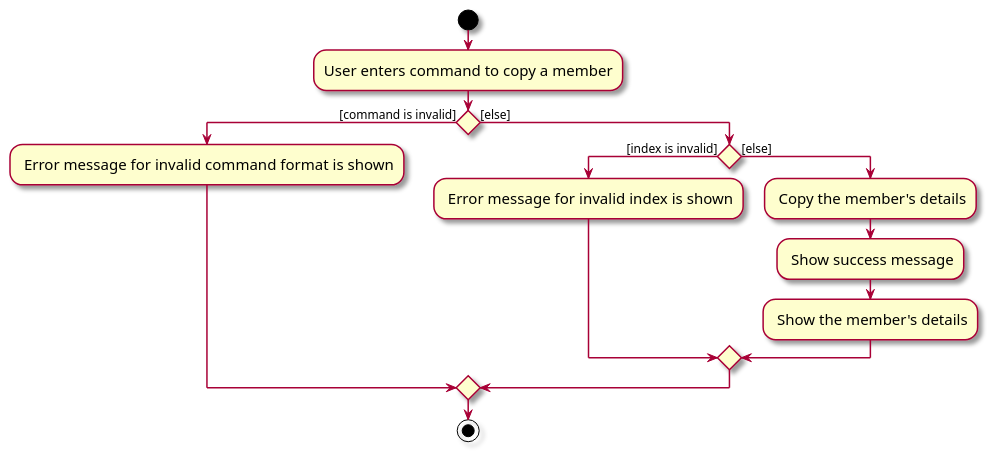
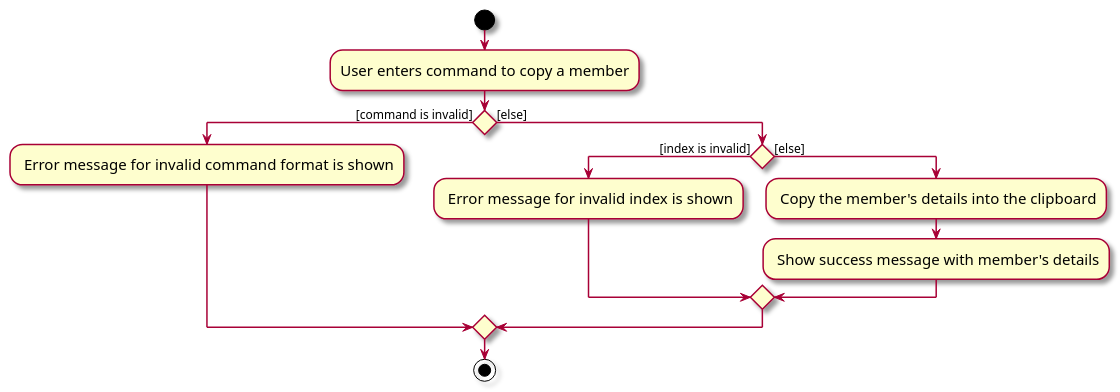
One commit to nus-cs2103-AY2324S1/tp changed the diagram in docs/diagrams/CopyMemberActivityDiagram.puml. Above: the diagram before and after it, drawn with PlantUML. The commit also changed 1 other file, not shown here.

```diff
--- a/docs/diagrams/CopyMemberActivityDiagram.puml
+++ b/docs/diagrams/CopyMemberActivityDiagram.puml
@@ -1,20 +1,19 @@
 @startuml
 skin rose
 skinparam ActivityFontSize 15
 skinparam ArrowFontSize 12
 start
 :User enters command to copy a member;
 
 if () then ([command is invalid])
     : Error message for invalid command format is shown;
 else ([else])
     if () then ([index is invalid])
         : Error message for invalid index is shown;
     else ([else])
-        : Copy the member's details;
-        : Show success message;
-        : Show the member's details;
+        : Copy the member's details into the clipboard;
+        : Show success message with member's details;
     endif
 endif
 stop
 @enduml
```
